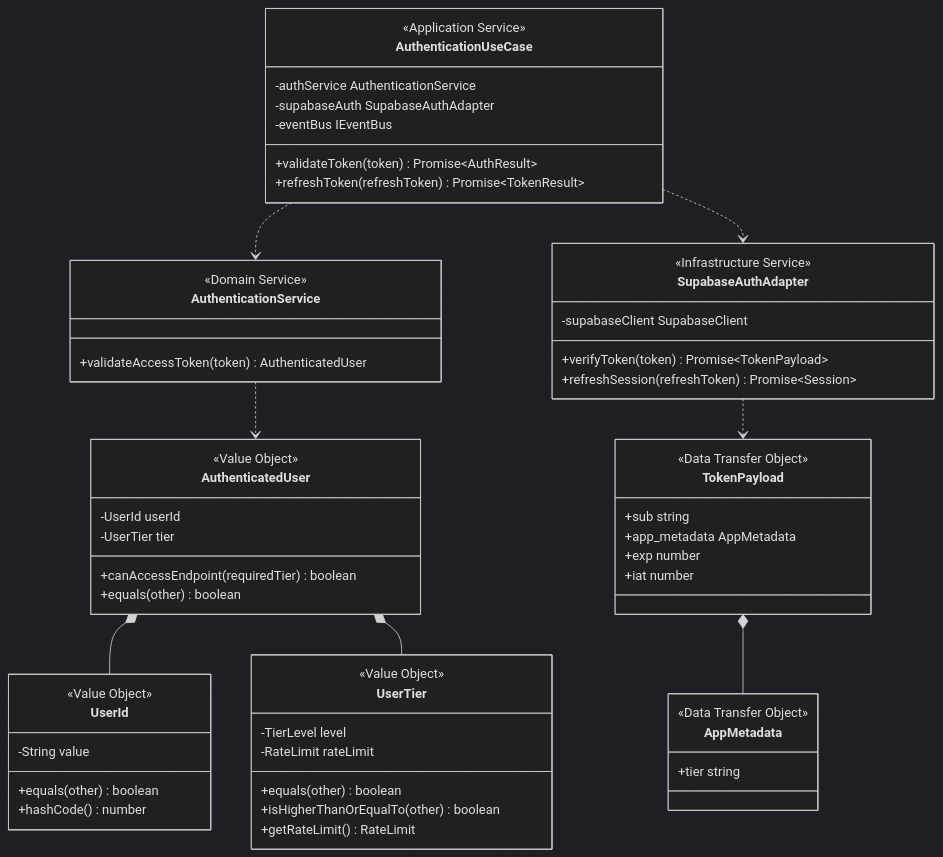
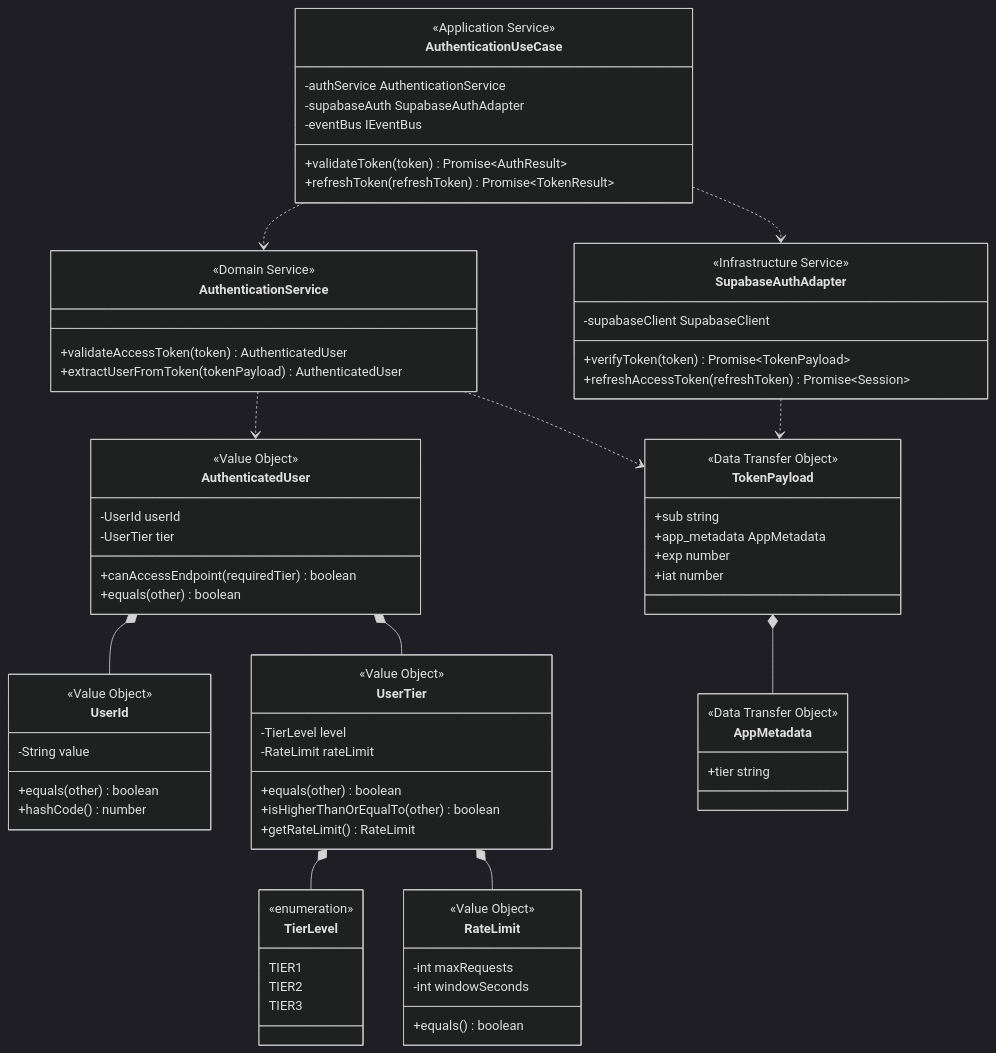
Before and after one commit to hydrangeas/redis-test: the ninth of 13 diagrams in docs/specs/step5-design.md, drawn with Mermaid (dark theme). The commit also changed other lines of this file, not shown here.

Commit message:
fix: 認証コンテキストの設計ドキュメントの一貫性を改善
- クラス図にTierLevel、RateLimit、extractUserFromTokenメソッドを追加
- シーケンス図にextractUserFromToken呼び出しを明示的に追加
- refreshSessionをrefreshAccessTokenに変更（業界標準の命名規則に準拠）

🤖 Generated with [Claude Code](https://claude.ai/code)

```diff
--- a/docs/specs/step5-design.md
+++ b/docs/specs/step5-design.md
@@ -794,9 +795,24 @@
         +getRateLimit() RateLimit
     }
     
+    class TierLevel {
+        <<enumeration>>
+        TIER1
+        TIER2
+        TIER3
+    }
+    
+    class RateLimit {
+        <<Value Object>>
+        -int maxRequests
+        -int windowSeconds
+        +equals() boolean
+    }
+    
     class AuthenticationService {
         <<Domain Service>>
         +validateAccessToken(token) AuthenticatedUser
+        +extractUserFromToken(tokenPayload) AuthenticatedUser
     }
     
     %% アプリケーション層
@@ -814,7 +830,7 @@
         <<Infrastructure Service>>
         -supabaseClient SupabaseClient
         +verifyToken(token) Promise~TokenPayload~
-        +refreshSession(refreshToken) Promise~Session~
+        +refreshAccessToken(refreshToken) Promise~Session~
     }
     
     class TokenPayload {
@@ -833,7 +849,10 @@
     %% 関係性
     AuthenticatedUser *-- UserId
     AuthenticatedUser *-- UserTier
+    UserTier *-- TierLevel
+    UserTier *-- RateLimit
     AuthenticationService ..> AuthenticatedUser
+    AuthenticationService ..> TokenPayload
     AuthenticationUseCase ..> AuthenticationService
     AuthenticationUseCase ..> SupabaseAuthAdapter
     SupabaseAuthAdapter ..> TokenPayload
```
